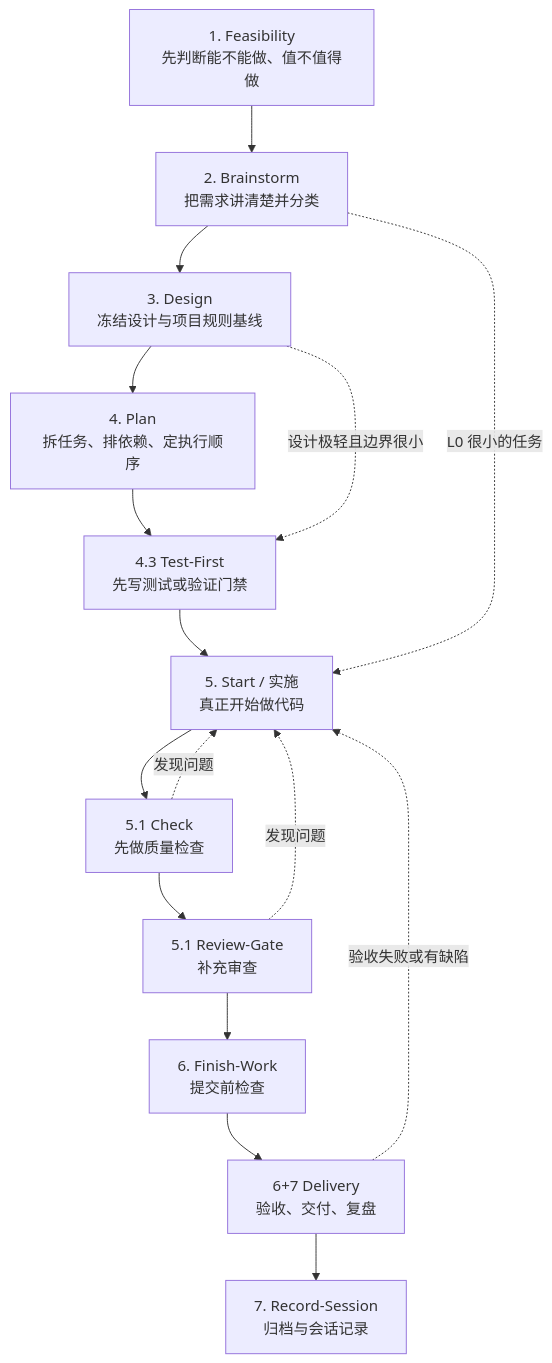
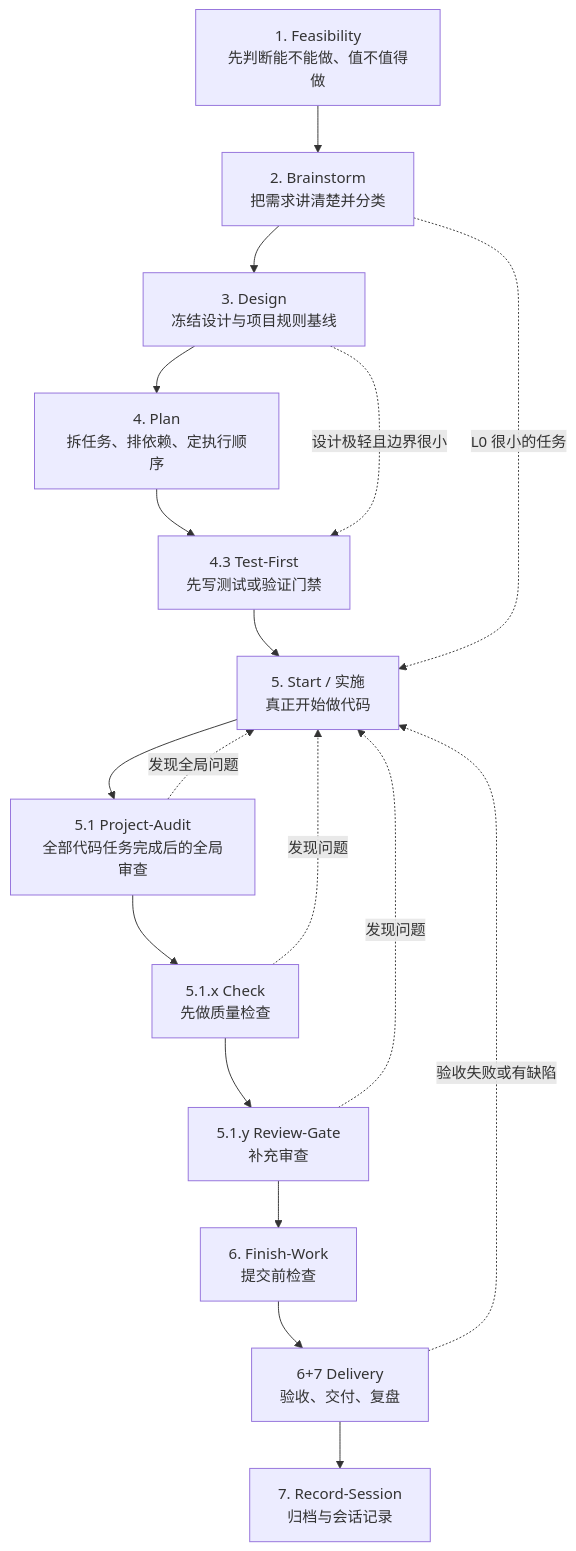
One commit to StarForAll/ai-coding-toolkit changed the diagram in docs/workflows/新项目开发工作流/工作流全局流转说明（通俗版）.md. Above: the diagram before and after it, drawn with Mermaid. The commit also changed other lines of this file and 24 other files, not shown here.

````diff
--- a/docs/workflows/新项目开发工作流/工作流全局流转说明（通俗版）.md
+++ b/docs/workflows/新项目开发工作流/工作流全局流转说明（通俗版）.md
@@ -41,19 +41,21 @@
 ```mermaid
 flowchart TD
     A[1. Feasibility<br/>先判断能不能做、值不值得做] --> B[2. Brainstorm<br/>把需求讲清楚并分类]
     B --> C[3. Design<br/>冻结设计与项目规则基线]
     C --> D[4. Plan<br/>拆任务、排依赖、定执行顺序]
     D --> E[4.3 Test-First<br/>先写测试或验证门禁]
     E --> F[5. Start / 实施<br/>真正开始做代码]
-    F --> G[5.1 Check<br/>先做质量检查]
-    G --> H[5.1 Review-Gate<br/>补充审查]
-    H --> I[6. Finish-Work<br/>提交前检查]
-    I --> J[6+7 Delivery<br/>验收、交付、复盘]
-    J --> K[7. Record-Session<br/>归档与会话记录]
+    F --> G[5.1 Project-Audit<br/>全部代码任务完成后的全局审查]
+    G --> H[5.1.x Check<br/>先做质量检查]
+    H --> I[5.1.y Review-Gate<br/>补充审查]
+    I --> J[6. Finish-Work<br/>提交前检查]
+    J --> K[6+7 Delivery<br/>验收、交付、复盘]
+    K --> L[7. Record-Session<br/>归档与会话记录]
 
     B -. L0 很小的任务 .-> F
     C -. 设计极轻且边界很小 .-> E
-    G -. 发现问题 .-> F
+    G -. 发现全局问题 .-> F
     H -. 发现问题 .-> F
-    J -. 验收失败或有缺陷 .-> F
+    I -. 发现问题 .-> F
+    K -. 验收失败或有缺陷 .-> F
 ```
````
